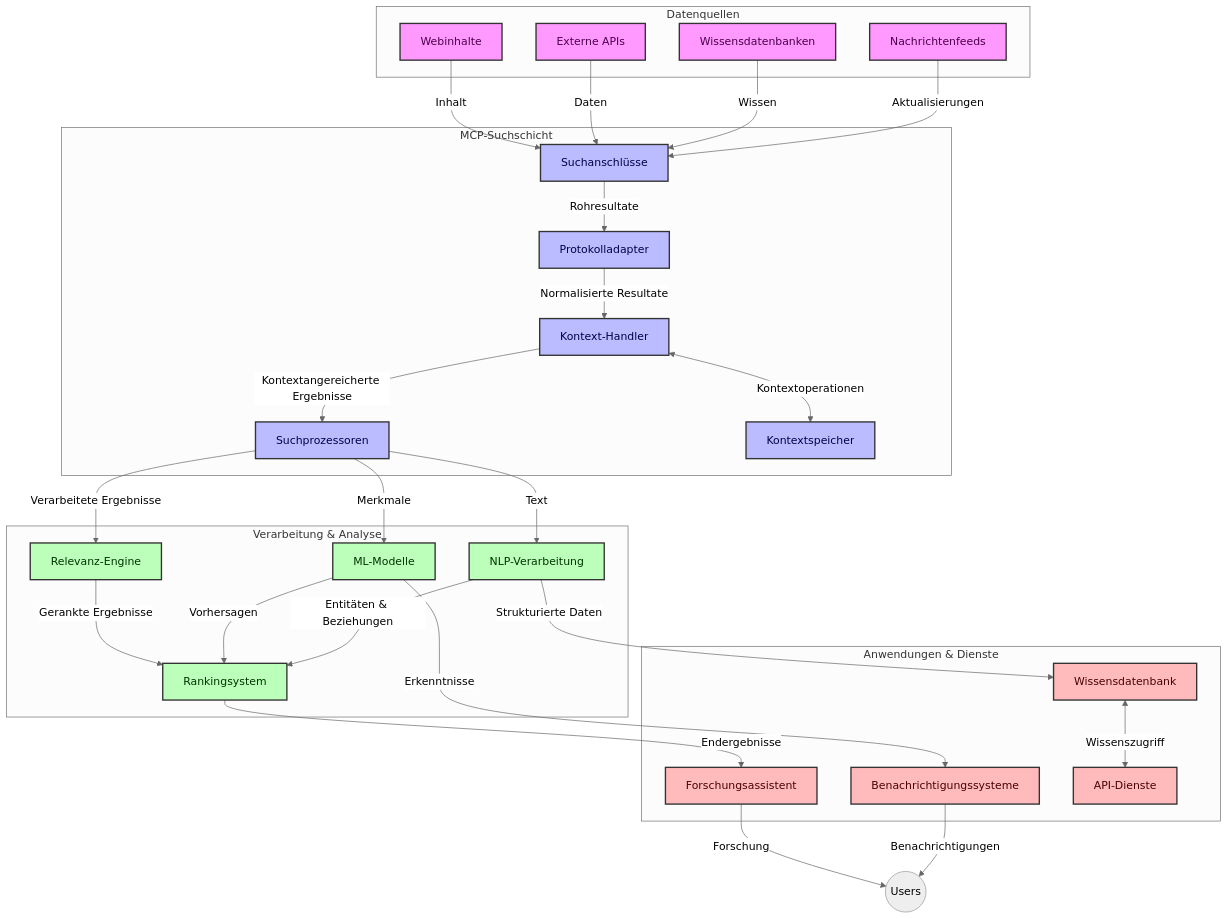
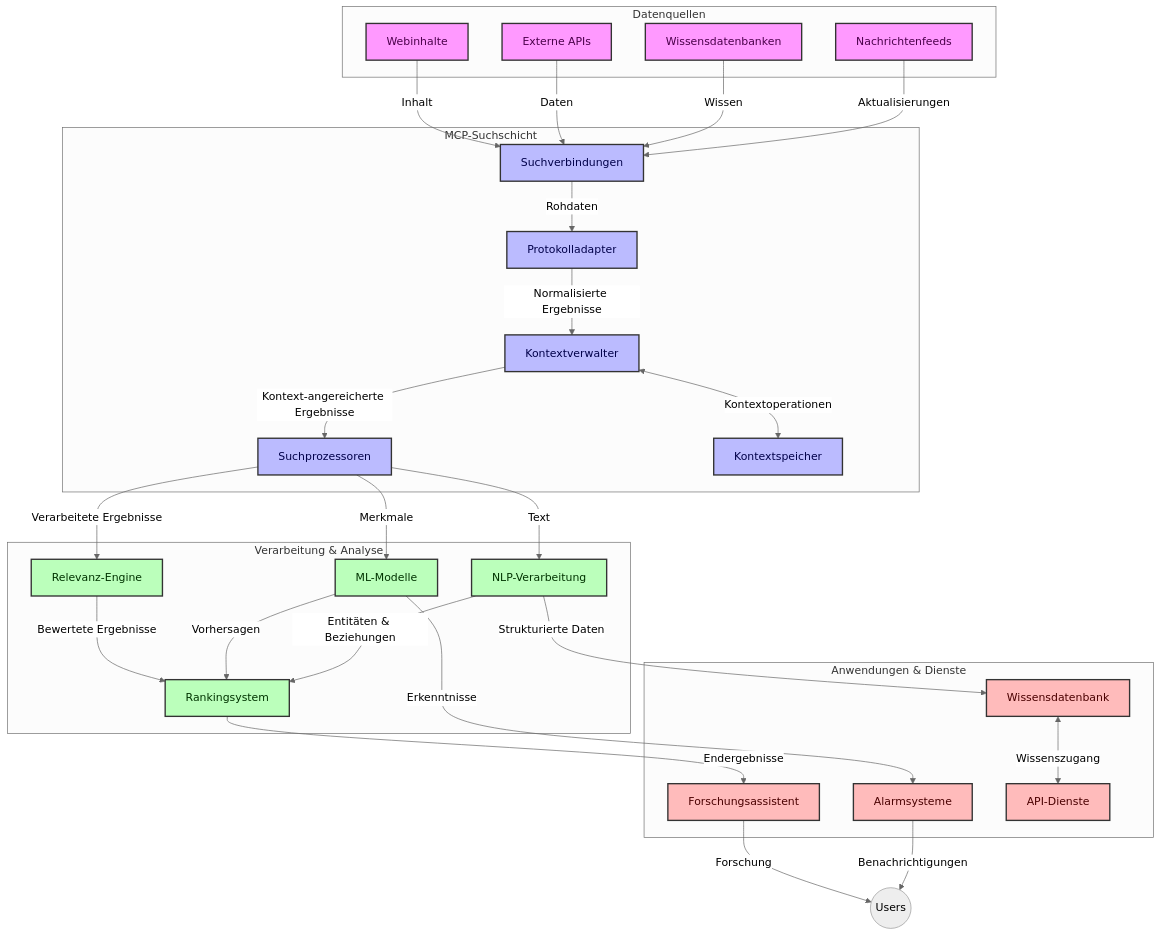
One commit to microsoft/mcp-for-beginners changed the first of 4 diagrams in translations/de/05-AdvancedTopics/mcp-realtimesearch/README.md. Above: the diagram before and after it, drawn with Mermaid (neutral theme). The commit also changed other lines of this file and 136 other files, not shown here.

````diff
--- a/translations/de/05-AdvancedTopics/mcp-realtimesearch/README.md
+++ b/translations/de/05-AdvancedTopics/mcp-realtimesearch/README.md
@@ -109,66 +109,66 @@
 ```mermaid
 graph TD
     subgraph "Datenquellen"
         Web[Webinhalte]
         APIs[Externe APIs]
         DB[Wissensdatenbanken]
         News[Nachrichtenfeeds]
     end
 
     subgraph "MCP-Suchschicht"
-        SC[Suchanschlüsse]
+        SC[Suchverbindungen]
         PA[Protokolladapter]
-        CH[Kontext-Handler]
+        CH[Kontextverwalter]
         SP[Suchprozessoren]
         CS[Kontextspeicher]
     end
 
     subgraph "Verarbeitung & Analyse"
         RE[Relevanz-Engine]
         ML[ML-Modelle]
         NLP[NLP-Verarbeitung]
         Rank[Rankingsystem]
     end
 
     subgraph "Anwendungen & Dienste"
         RA[Forschungsassistent]
-        Alerts[Benachrichtigungssysteme]
+        Alerts[Alarmsysteme]
         KB[Wissensdatenbank]
         API[API-Dienste]
     end
 
     Web -->|Inhalt| SC
     APIs -->|Daten| SC
     DB -->|Wissen| SC
     News -->|Aktualisierungen| SC
     
-    SC -->|Rohresultate| PA
-    PA -->|Normalisierte Resultate| CH
+    SC -->|Rohdaten| PA
+    PA -->|Normalisierte Ergebnisse| CH
     CH <-->|Kontextoperationen| CS
-    CH -->|Kontextangereicherte Ergebnisse| SP
+    CH -->|Kontext-angereicherte Ergebnisse| SP
     SP -->|Verarbeitete Ergebnisse| RE
     SP -->|Merkmale| ML
     SP -->|Text| NLP
     
-    RE -->|Gerankte Ergebnisse| Rank
+    RE -->|Bewertete Ergebnisse| Rank
     ML -->|Vorhersagen| Rank
     NLP -->|Entitäten & Beziehungen| Rank
     
     Rank -->|Endergebnisse| RA
     ML -->|Erkenntnisse| Alerts
     NLP -->|Strukturierte Daten| KB
     
     RA -->|Forschung| Users((Users))
     Alerts -->|Benachrichtigungen| Users
-    KB <-->|Wissenszugriff| API
+    KB <-->|Wissenszugang| API
 
     classDef sources fill:#f9f,stroke:#333,stroke-width:2px,color:#4a004a
     classDef mcp fill:#bbf,stroke:#333,stroke-width:2px,color:#00004a
     classDef processing fill:#bfb,stroke:#333,stroke-width:2px,color:#003300
     classDef apps fill:#fbb,stroke:#333,stroke-width:2px,color:#4a0000
     
     class Web,APIs,DB,News sources
     class SC,PA,CH,SP,CS mcp
     class RE,ML,NLP,Rank processing
     class RA,Alerts,KB,API apps
 ```
````
